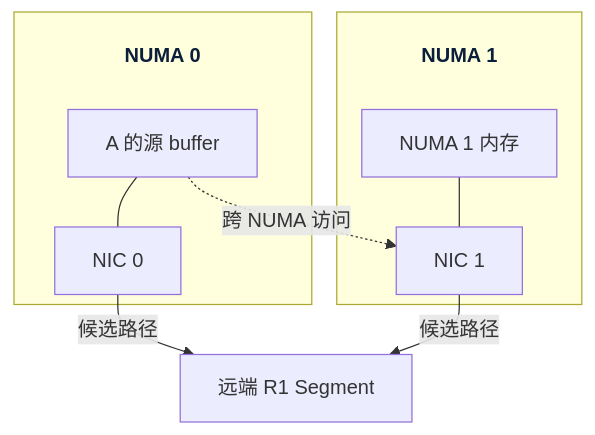
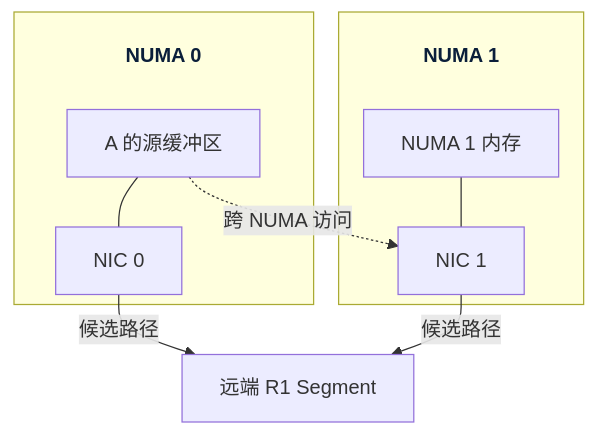
The diagram in mooncake-kv-cache-series/wechat/08-multi-nic-numa.md (Hansyangxingxiang/Mooncake), drawn with Mermaid before and after one commit. The commit also changed other lines of this file and 23 other files, not shown here.

````diff
--- a/mooncake-kv-cache-series/wechat/08-multi-nic-numa.md
+++ b/mooncake-kv-cache-series/wechat/08-multi-nic-numa.md
@@ -17,24 +17,24 @@
 ```mermaid
 %%{init: {"flowchart": {"rankSpacing": 16, "nodeSpacing": 20}}}%%
 flowchart TB
     subgraph N0[" "]
         T0["NUMA 0"]
-        M0["A 的源 buffer"]
+        M0["A 的源缓冲区"]
         H0["NIC 0"]
         T0 ~~~ M0
         M0 --- H0
     end
     subgraph N1[" "]
         T1["NUMA 1"]
         M1["NUMA 1 内存"]
         H1["NIC 1"]
         T1 ~~~ M1
         M1 --- H1
     end
     P["远端 R1 Segment"]
     M0 -.->|"跨 NUMA 访问"| H1
     H0 -->|"候选路径"| P
     H1 -->|"候选路径"| P
     style T0 fill:none,stroke:none,color:#0B1F3A,font-weight:bold
     style T1 fill:none,stroke:none,color:#0B1F3A,font-weight:bold
 ```
````
